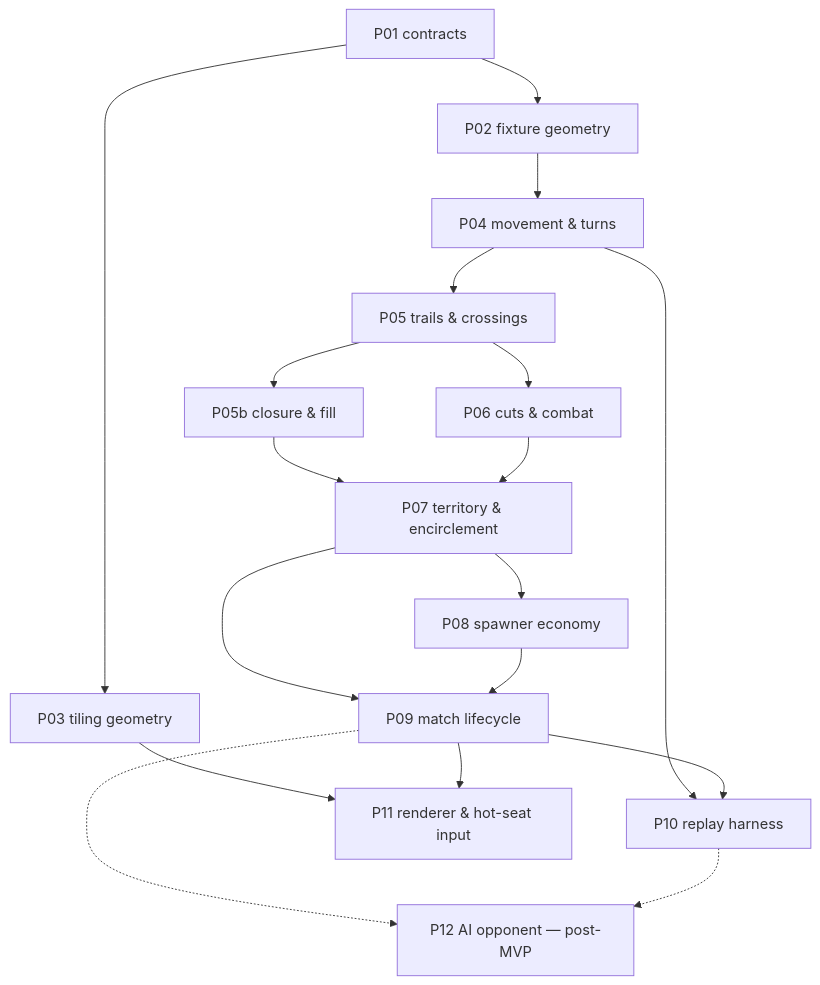
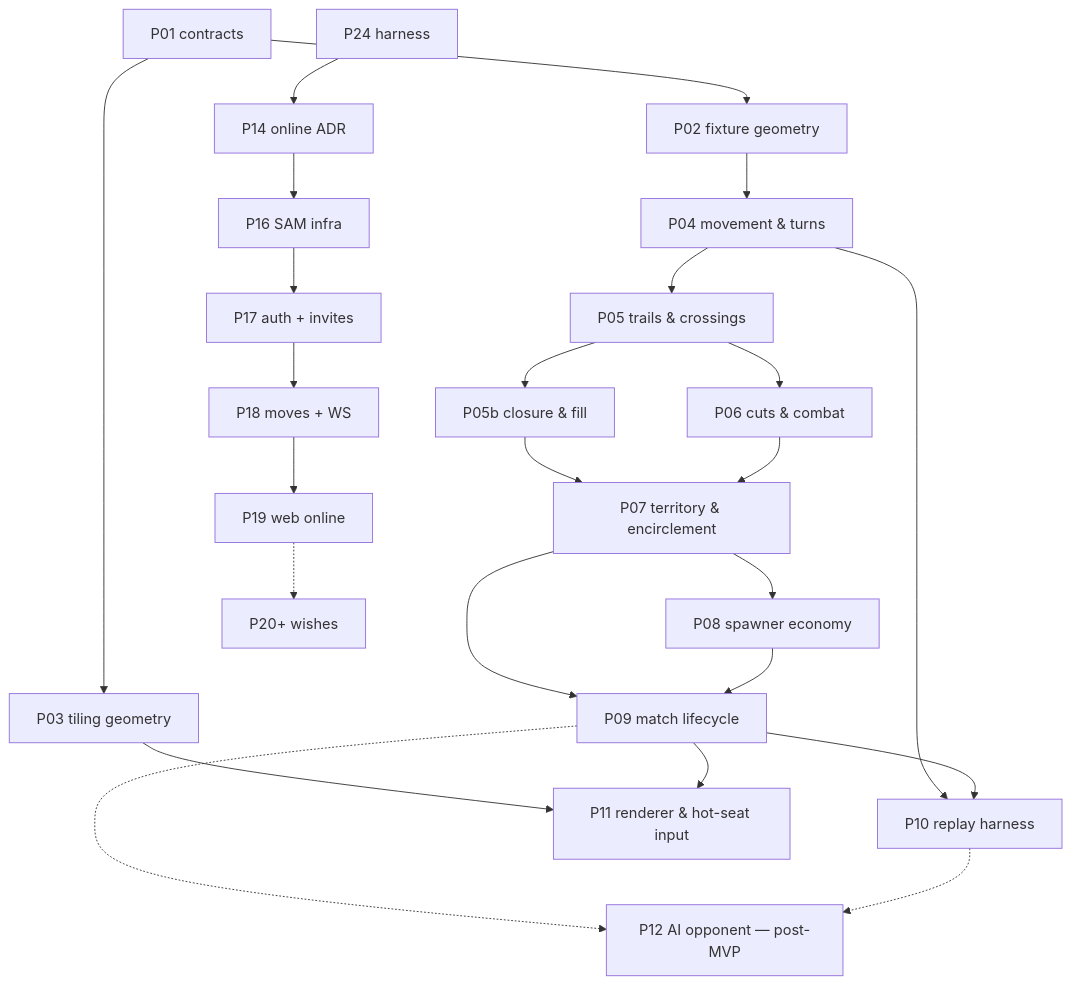
The diagram in docs/design/02-work-packets.md (hochgi/arrows_conqueror), drawn with Mermaid before and after one commit. The commit also changed other lines of this file and 37 other files, not shown here.

First line of the commit message:
chore: land P24 delivery harness and lock the online packet track

````diff
--- a/docs/design/02-work-packets.md
+++ b/docs/design/02-work-packets.md
@@ -58,20 +59,26 @@
 ```mermaid
 flowchart TD
   P01["P01 contracts"] --> P02["P02 fixture geometry"]
   P01 --> P03["P03 tiling geometry"]
   P02 --> P04["P04 movement & turns"]
   P04 --> P05["P05 trails & crossings"]
   P05 --> P05B["P05b closure & fill"]
   P05 --> P06["P06 cuts & combat"]
   P05B --> P07["P07 territory & encirclement"]
   P06 --> P07
   P07 --> P08["P08 spawner economy"]
   P07 --> P09["P09 match lifecycle"]
   P08 --> P09
   P04 --> P10["P10 replay harness"]
   P09 --> P10
   P03 --> P11["P11 renderer & hot-seat input"]
   P09 --> P11
   P09 -.-> P12["P12 AI opponent — post-MVP"]
   P10 -.-> P12
+  P24["P24 harness"] --> P14["P14 online ADR"]
+  P14 --> P16["P16 SAM infra"]
+  P16 --> P17["P17 auth + invites"]
+  P17 --> P18["P18 moves + WS"]
+  P18 --> P19["P19 web online"]
+  P19 -.-> P20["P20+ wishes"]
 ```
````
